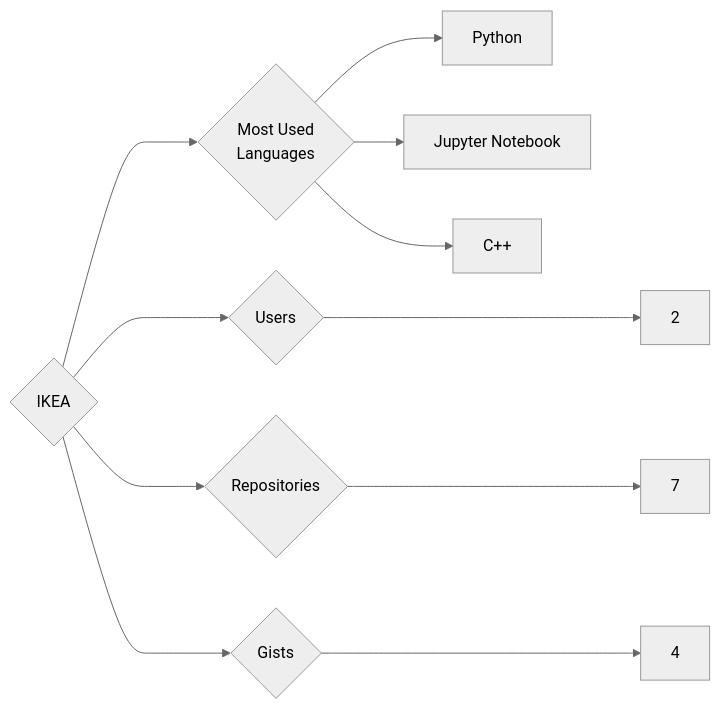
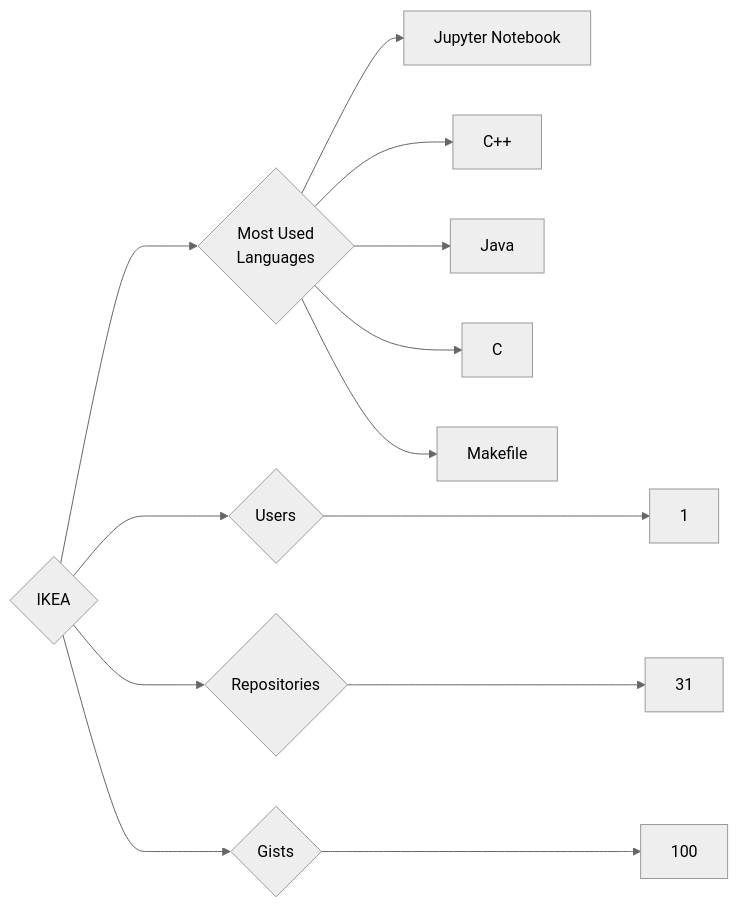
Before and after one commit to trickest/insiders: the diagram in targets/IKEA/README.md, drawn with Mermaid (neutral theme). The commit also changed 1089 other files, not shown here.

````diff
--- a/targets/IKEA/README.md
+++ b/targets/IKEA/README.md
@@ -3,11 +3,13 @@
 ```mermaid
 graph LR
 COMPANY_NAME{IKEA}
-COMPANY_NAME ---> U{Users} ---> UN[2]
-COMPANY_NAME ---> R{Repositories} ---> RN[7]
-COMPANY_NAME ---> G{Gists} ---> GN[4]
+COMPANY_NAME ---> U{Users} ---> UN[1]
+COMPANY_NAME ---> R{Repositories} ---> RN[31]
+COMPANY_NAME ---> G{Gists} ---> GN[100]
 COMPANY_NAME ---> ML{Most Used<br>Languages}
-ML --> Python[Python]
 ML --> Jupyter_Notebook[Jupyter Notebook]
 ML --> C++[C++]
+ML --> Java[Java]
+ML --> C[C]
+ML --> Makefile[Makefile]
 ```
````
